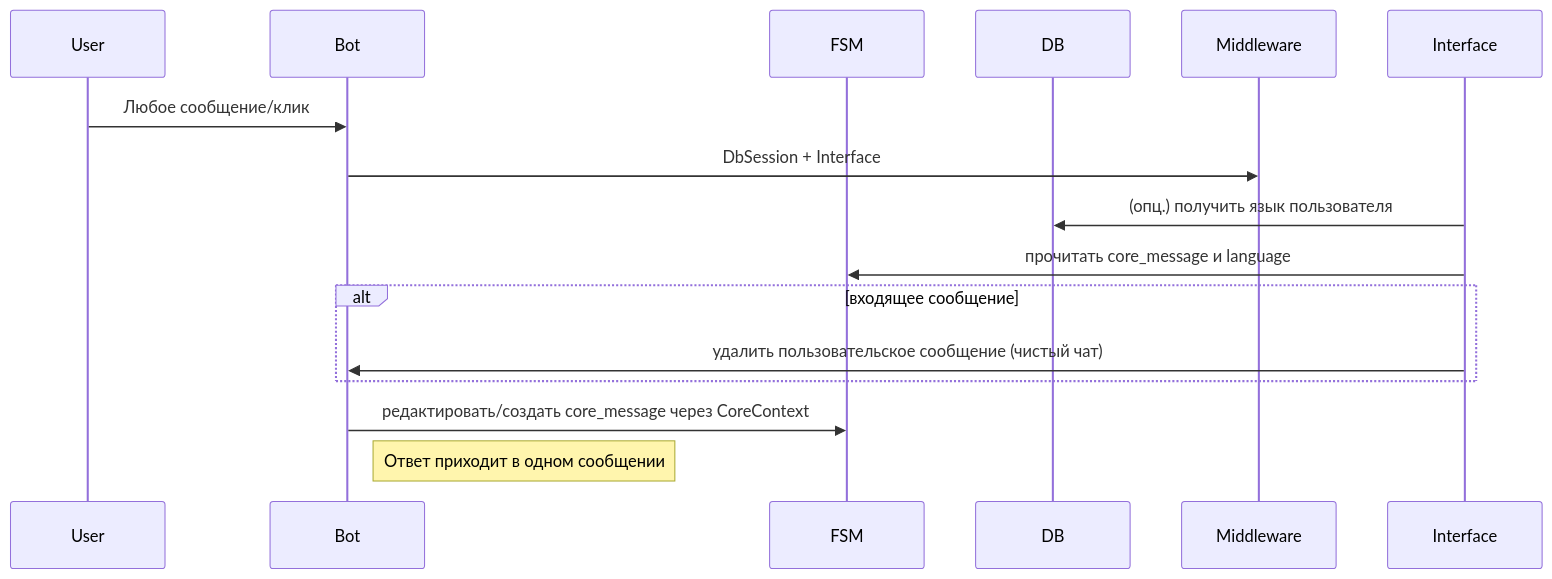
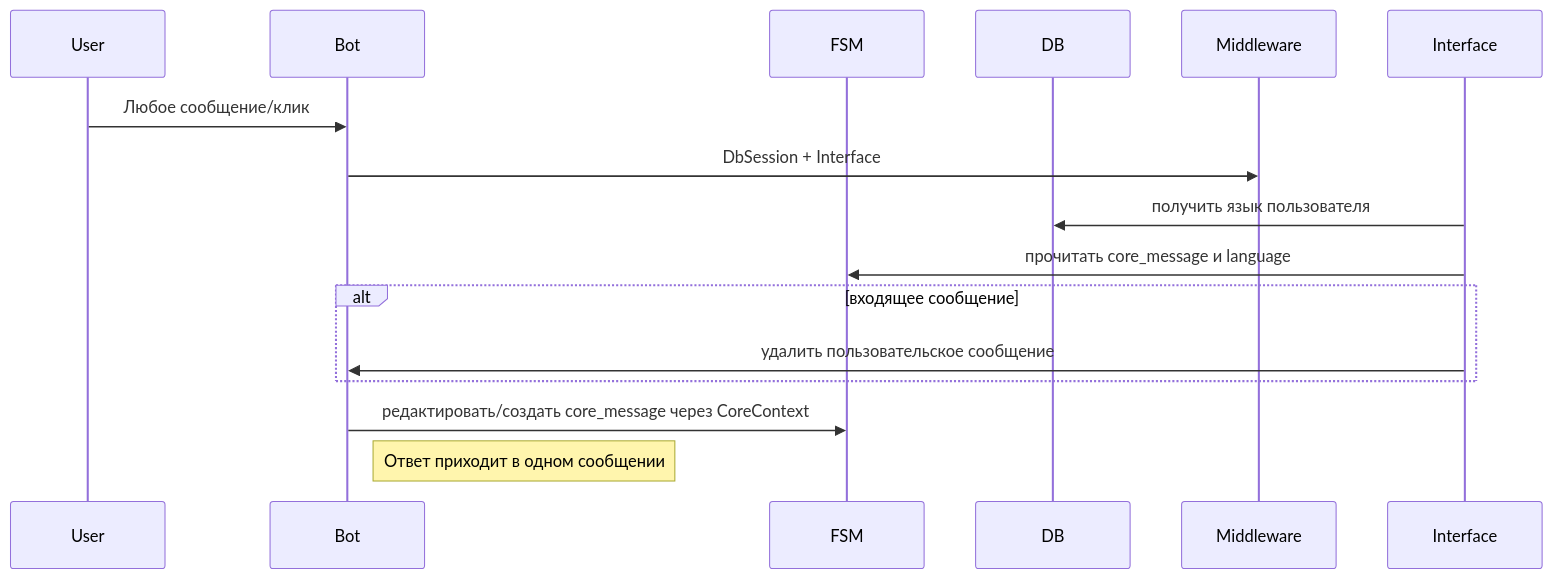
One commit to fpetrov/DateMate changed the second of 4 diagrams in Python_Project.md. Above: the diagram before and after it, drawn with Mermaid. The commit also changed other lines of this file, not shown here.

````diff
--- a/Python_Project.md
+++ b/Python_Project.md
@@ -146,17 +155,17 @@
 ```mermaid
 sequenceDiagram
     participant User
     participant Bot
     participant FSM
     participant DB
 
     User->>Bot: Любое сообщение/клик
     Bot->>Middleware: DbSession + Interface
-    Interface->>DB: (опц.) получить язык пользователя
+    Interface->>DB: получить язык пользователя
     Interface->>FSM: прочитать core_message и language
     alt входящее сообщение
-        Interface->>Bot: удалить пользовательское сообщение (чистый чат)
+        Interface->>Bot: удалить пользовательское сообщение
     end
     Bot->>FSM: редактировать/создать core_message через CoreContext
     Note right of Bot: Ответ приходит в одном сообщении
 ```
````
